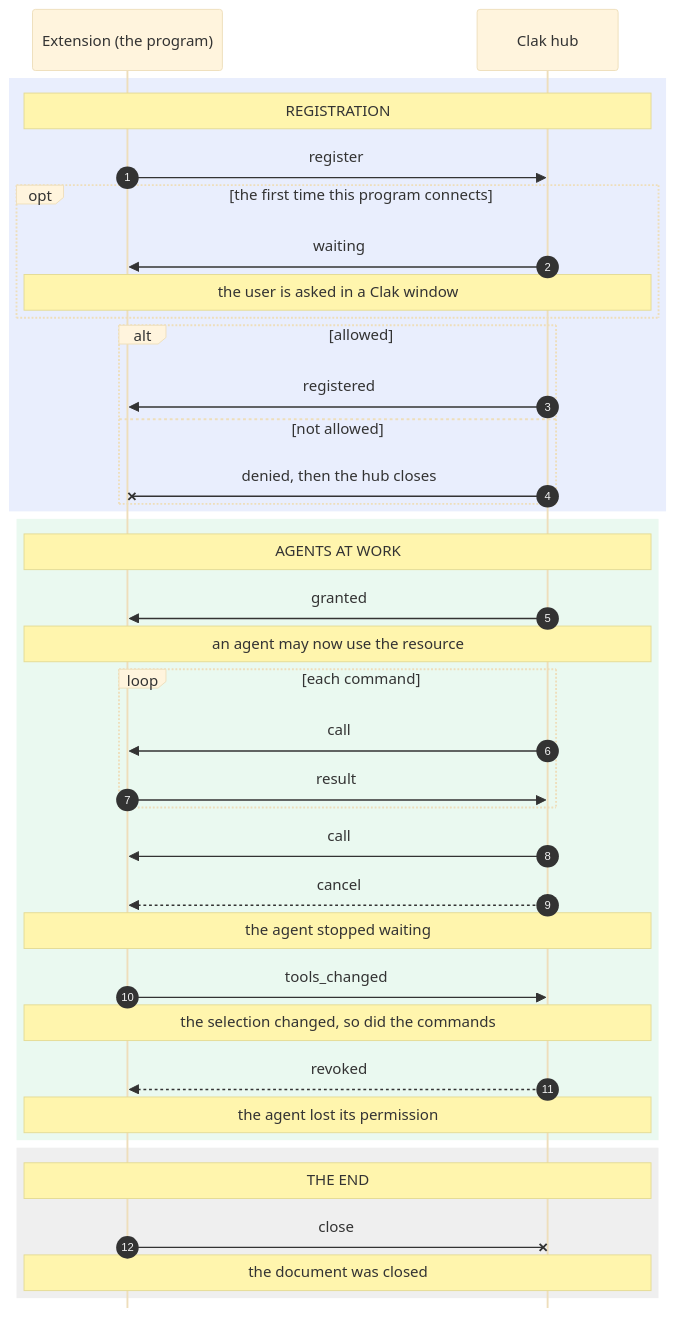
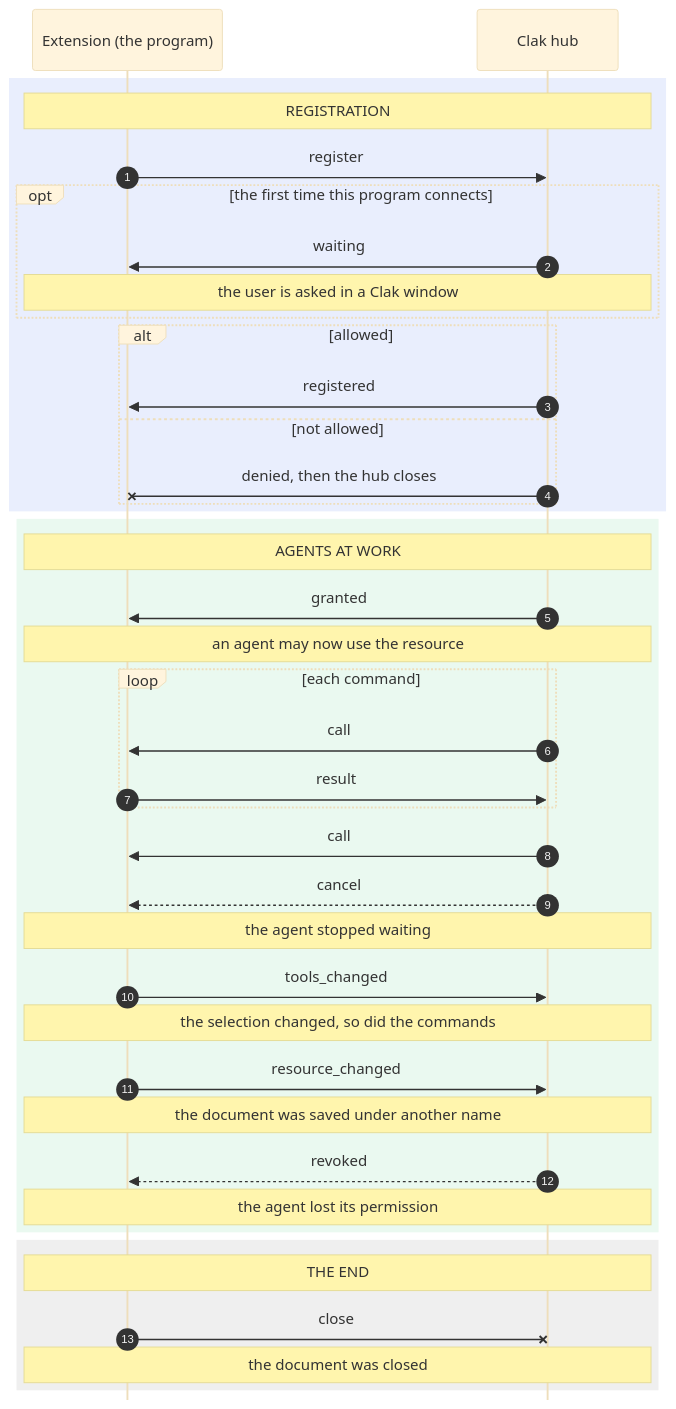
One commit to giancarlov93/clak changed the diagram in docs/protocol.md. Above: the diagram before and after it, drawn with Mermaid (base theme). The commit also changed other lines of this file and 6 other files, not shown here.

First line of the commit message:
Protocol: resource_changed, a document's new title while connected

````diff
--- a/docs/protocol.md
+++ b/docs/protocol.md
@@ -87,44 +87,46 @@
 ```mermaid
 %%{init: {"sequence": {"mirrorActors": false, "actorMargin": 220, "boxMargin": 8, "noteMargin": 8}}}%%
 sequenceDiagram
     autonumber
     participant E as Extension (the program)
     participant H as Clak hub
 
     rect rgba(47, 91, 234, 0.10)
         Note over E,H: REGISTRATION
         E->>H: register
         opt the first time this program connects
             H->>E: waiting
             Note over E,H: the user is asked in a Clak window
         end
         alt allowed
             H->>E: registered
         else not allowed
             H-xE: denied, then the hub closes
         end
     end
 
     rect rgba(53, 199, 107, 0.10)
         Note over E,H: AGENTS AT WORK
         H->>E: granted
         Note over E,H: an agent may now use the resource
         loop each command
             H->>E: call
             E->>H: result
         end
         H->>E: call
         H-->>E: cancel
         Note over E,H: the agent stopped waiting
         E->>H: tools_changed
         Note over E,H: the selection changed, so did the commands
+        E->>H: resource_changed
+        Note over E,H: the document was saved under another name
         H-->>E: revoked
         Note over E,H: the agent lost its permission
     end
 
     rect rgba(127, 127, 127, 0.12)
         Note over E,H: THE END
         E-xH: close
         Note over E,H: the document was closed
     end
 ```
````
